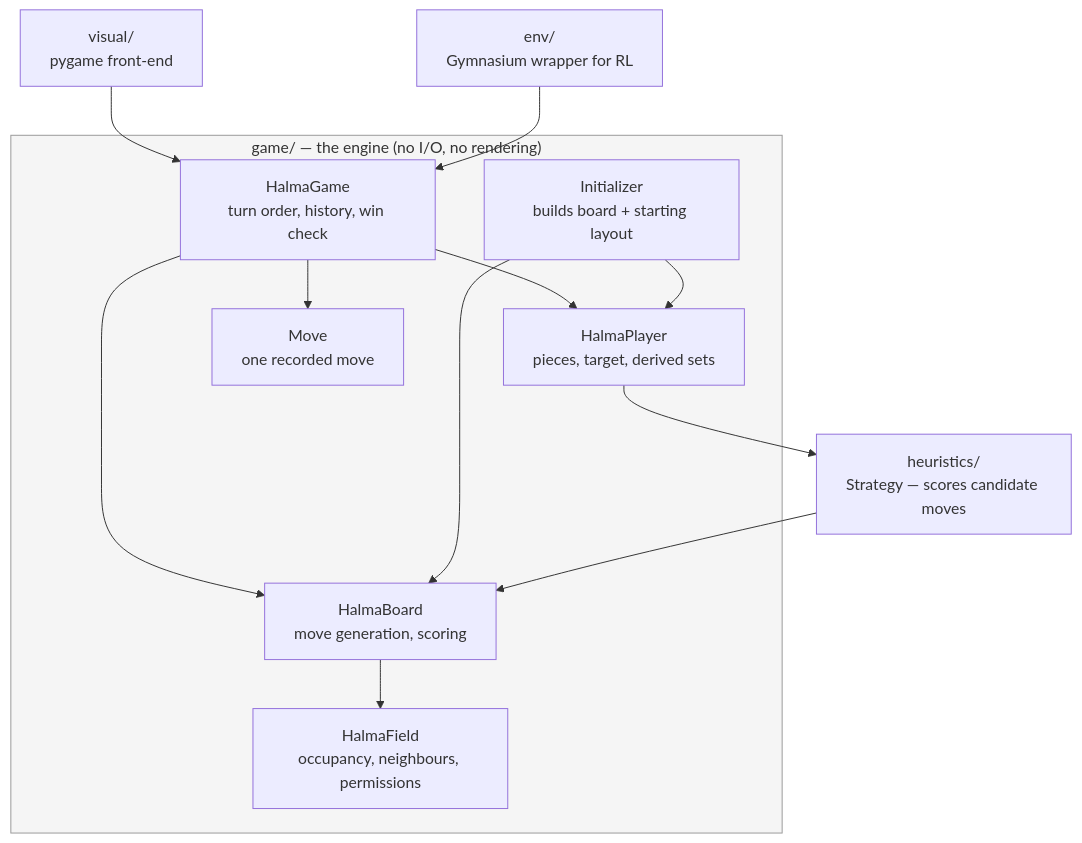
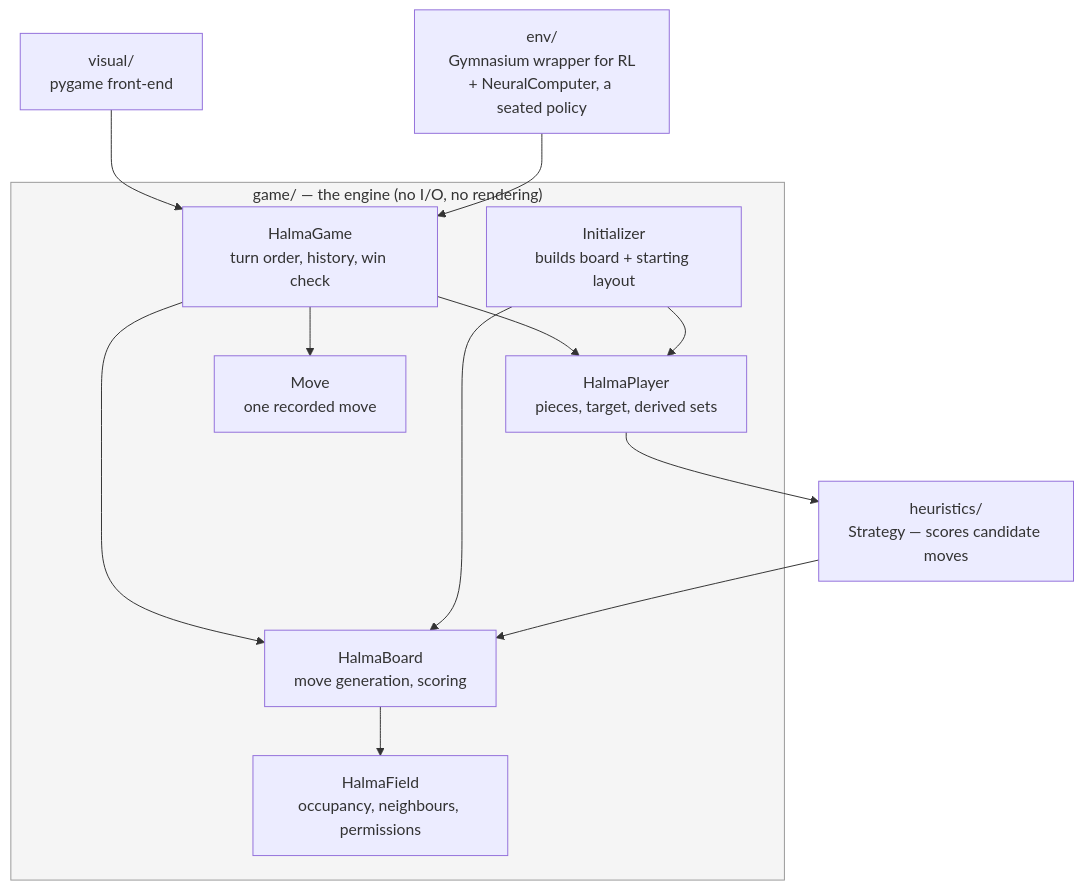
One commit to mercatorisluc/halma changed the diagram in ARCHITECTURE.md. Above: the diagram before and after it, drawn with Mermaid. The commit also changed other lines of this file and 5 other files, not shown here.

````diff
--- a/ARCHITECTURE.md
+++ b/ARCHITECTURE.md
@@ -14,25 +14,25 @@
 ```mermaid
 graph TD
     subgraph core["game/ — the engine (no I/O, no rendering)"]
         GM[HalmaGame<br/>turn order, history, win check]
         B[HalmaBoard<br/>move generation, scoring]
         P[HalmaPlayer<br/>pieces, target, derived sets]
         F[HalmaField<br/>occupancy, neighbours, permissions]
         I[Initializer<br/>builds board + starting layout]
         MV[Move<br/>one recorded move]
     end
 
     H["heuristics/<br/>Strategy — scores candidate moves"]
     V["visual/<br/>pygame front-end"]
-    E["env/<br/>Gymnasium wrapper for RL"]
+    E["env/<br/>Gymnasium wrapper for RL<br/>+ NeuralComputer, a seated policy"]
 
     GM --> B & P & MV
     B --> F
     I --> B & P
     P --> H
     H --> B
     V --> GM
     E --> GM
 
     style core fill:#f5f5f5,stroke:#999
 ```
````
